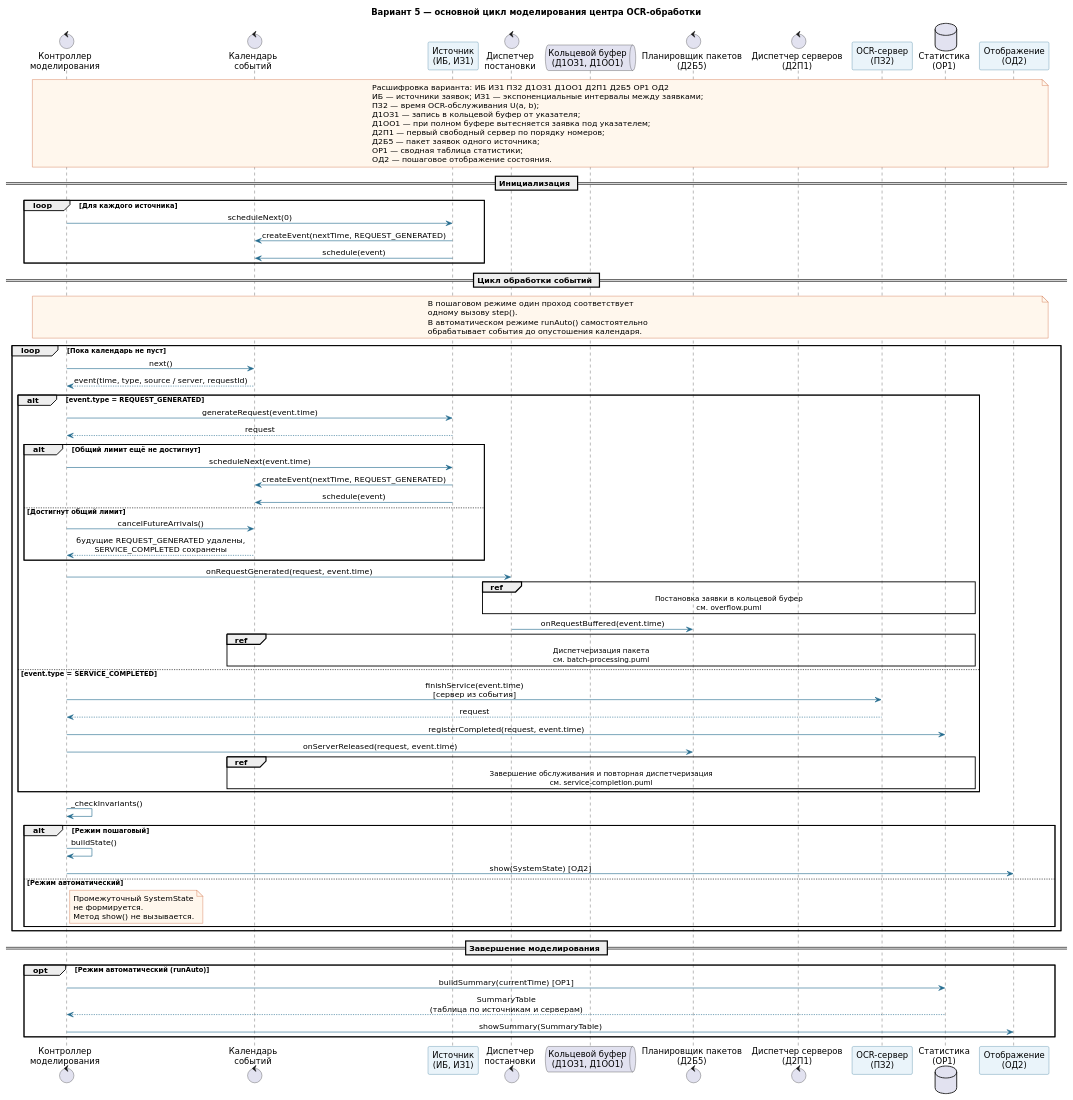
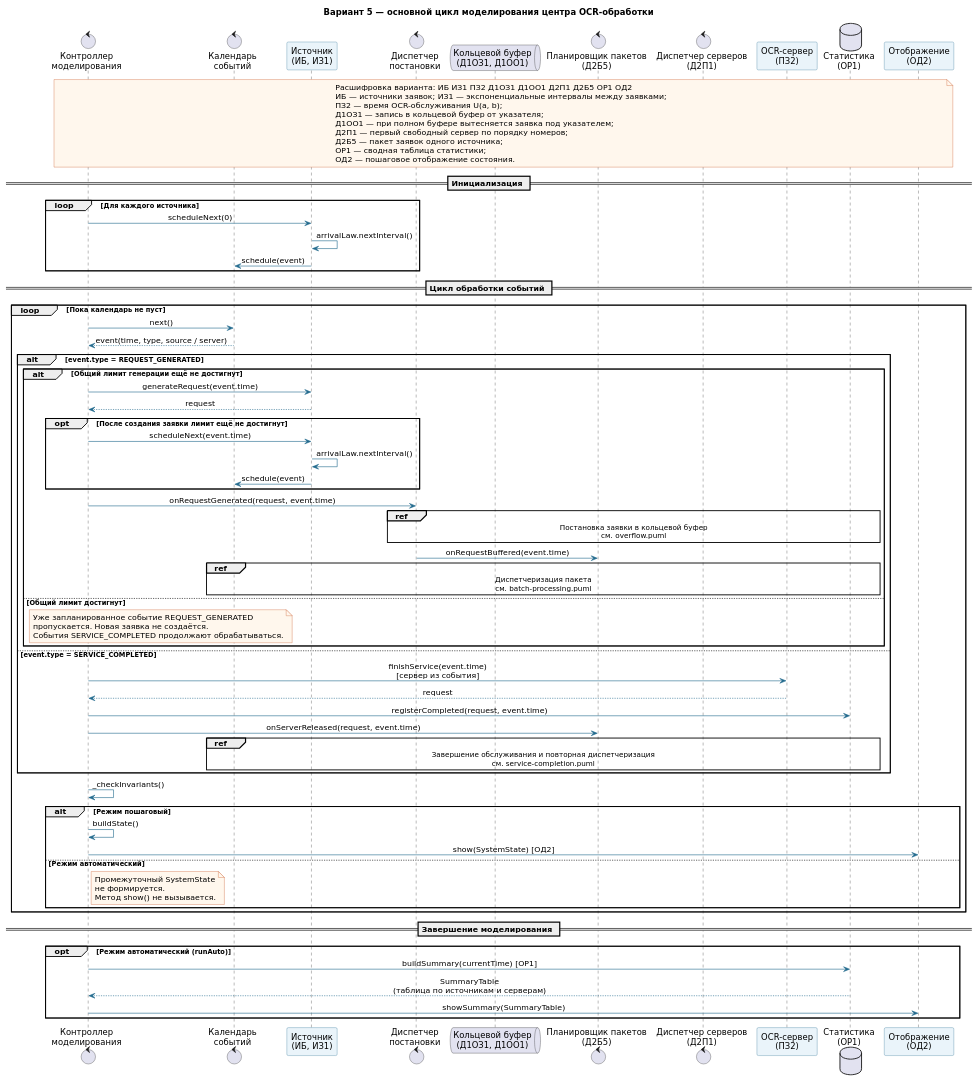
Before and after one commit to xanaoxx/smo-ocr-variant-5: the diagram in smo-ocr-variant-5/diagrams/sequence/main-flow.puml, drawn with PlantUML.

```diff
--- a/smo-ocr-variant-5/diagrams/sequence/main-flow.puml
+++ b/smo-ocr-variant-5/diagrams/sequence/main-flow.puml
@@ -2,128 +2,126 @@
 @startuml
 skinparam backgroundColor white
 skinparam shadowing false
 skinparam defaultFontName DejaVu Sans
 skinparam sequenceMessageAlign center
 skinparam ArrowColor #236B8E
 skinparam ParticipantBorderColor #236B8E
 skinparam ParticipantBackgroundColor #EAF4FA
 skinparam NoteBackgroundColor #FFF7ED
 skinparam NoteBorderColor #C2410C
 
 title Вариант 5 — основной цикл моделирования центра OCR-обработки
 
 control "Контроллер\nмоделирования" as Controller
 control "Календарь\nсобытий" as Calendar
 participant "Источник\n(ИБ, ИЗ1)" as Source
 control "Диспетчер\nпостановки" as Placement
 queue "Кольцевой буфер\n(Д1ОЗ1, Д1ОО1)" as Buffer
 control "Планировщик пакетов\n(Д2Б5)" as Batch
 control "Диспетчер серверов\n(Д2П1)" as ServerDispatch
 participant "OCR-сервер\n(ПЗ2)" as Worker
 database "Статистика\n(ОР1)" as Stats
 participant "Отображение\n(ОД2)" as View
 
 note over Controller, View
 Расшифровка варианта: ИБ ИЗ1 ПЗ2 Д1ОЗ1 Д1ОО1 Д2П1 Д2Б5 ОР1 ОД2
 ИБ — источники заявок; ИЗ1 — экспоненциальные интервалы между заявками;
 ПЗ2 — время OCR-обслуживания U(a, b);
 Д1ОЗ1 — запись в кольцевой буфер от указателя;
 Д1ОО1 — при полном буфере вытесняется заявка под указателем;
 Д2П1 — первый свободный сервер по порядку номеров;
 Д2Б5 — пакет заявок одного источника;
 ОР1 — сводная таблица статистики;
 ОД2 — пошаговое отображение состояния.
 end note
 
 == Инициализация ==
 
 loop Для каждого источника
   Controller -> Source: scheduleNext(0)
-  Source -> Calendar: createEvent(nextTime, REQUEST_GENERATED)
+  Source -> Source: arrivalLaw.nextInterval()
   Source -> Calendar: schedule(event)
 end
 
 == Цикл обработки событий ==
 
-note over Controller, View
-В пошаговом режиме один проход соответствует
-одному вызову step().
-В автоматическом режиме runAuto() самостоятельно
-обрабатывает события до опустошения календаря.
-end note
-
 loop Пока календарь не пуст
 
   Controller -> Calendar: next()
-  Calendar --> Controller: event(time, type, source / server, requestId)
+  Calendar --> Controller: event(time, type, source / server)
 
   alt event.type = REQUEST_GENERATED
 
-    Controller -> Source: generateRequest(event.time)
-    Source --> Controller: request
+    alt Общий лимит генерации ещё не достигнут
 
-    alt Общий лимит ещё не достигнут
+      Controller -> Source: generateRequest(event.time)
+      Source --> Controller: request
 
-      Controller -> Source: scheduleNext(event.time)
-      Source -> Calendar: createEvent(nextTime, REQUEST_GENERATED)
-      Source -> Calendar: schedule(event)
+      opt После создания заявки лимит ещё не достигнут
+        Controller -> Source: scheduleNext(event.time)
+        Source -> Source: arrivalLaw.nextInterval()
+        Source -> Calendar: schedule(event)
+      end
 
-    else Достигнут общий лимит
+      Controller -> Placement: onRequestGenerated(request, event.time)
 
-      Controller -> Calendar: cancelFutureArrivals()
-      Calendar --> Controller: будущие REQUEST_GENERATED удалены,\nSERVICE_COMPLETED сохранены
+      ref over Placement, Buffer, Stats: Постановка заявки в кольцевой буфер\nсм. overflow.puml
+
+      Placement -> Batch: onRequestBuffered(event.time)
+
+      ref over Batch, Buffer, ServerDispatch, Worker, Calendar, Stats: Диспетчеризация пакета\nсм. batch-processing.puml
+
+    else Общий лимит достигнут
+
+      note over Controller, Calendar
+        Уже запланированное событие REQUEST_GENERATED
+        пропускается. Новая заявка не создаётся.
+        События SERVICE_COMPLETED продолжают обрабатываться.
+      end note
 
     end
-
-    Controller -> Placement: onRequestGenerated(request, event.time)
-
-    ref over Placement, Buffer, Stats: Постановка заявки в кольцевой буфер\nсм. overflow.puml
-
-    Placement -> Batch: onRequestBuffered(event.time)
-
-    ref over Batch, Buffer, ServerDispatch, Worker, Calendar, Stats: Диспетчеризация пакета\nсм. batch-processing.puml
 
   else event.type = SERVICE_COMPLETED
 
     Controller -> Worker: finishService(event.time)\n[сервер из события]
     Worker --> Controller: request
 
     Controller -> Stats: registerCompleted(request, event.time)
 
     Controller -> Batch: onServerReleased(request, event.time)
 
     ref over Batch, Buffer, ServerDispatch, Worker, Calendar, Stats: Завершение обслуживания и повторная диспетчеризация\nсм. service-completion.puml
 
   end
 
   Controller -> Controller: _checkInvariants()
 
   alt Режим пошаговый
 
     Controller -> Controller: buildState()
     Controller -> View: show(SystemState) [ОД2]
 
   else Режим автоматический
 
     note right of Controller
       Промежуточный SystemState
       не формируется.
       Метод show() не вызывается.
     end note
 
   end
 
 end
 
 == Завершение моделирования ==
 
 opt Режим автоматический (runAuto)
 
   Controller -> Stats: buildSummary(currentTime) [ОР1]
   Stats --> Controller: SummaryTable\n(таблица по источникам и серверам)
 
   Controller -> View: showSummary(SummaryTable)
 
 end
 
 @enduml
```
